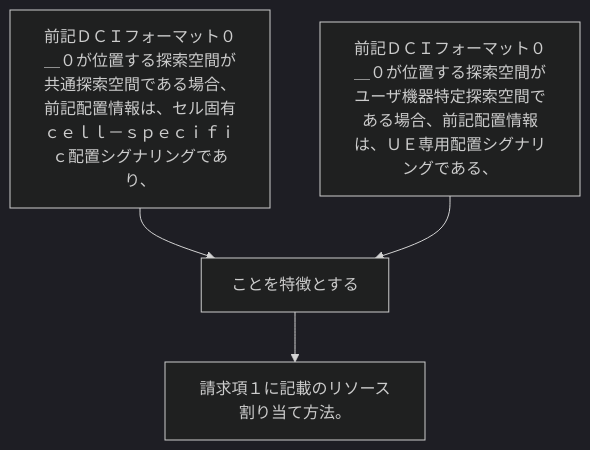
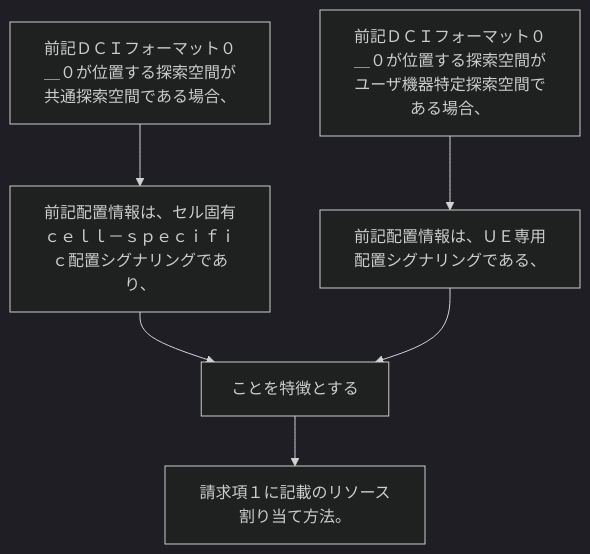
Before and after one commit to shinmori55/patent_analyzed: the diagram in 2024/JP2024029186A/claim_2/README.md, drawn with Mermaid (dark theme). The commit also changed 336 other files, not shown here.

````diff
--- a/2024/JP2024029186A/claim_2/README.md
+++ b/2024/JP2024029186A/claim_2/README.md
@@ -4,10 +4,14 @@
 ```mermaid
 flowchart TD
-A[前記ＤＣＩフォーマット０＿０が位置する探索空間が共通探索空間である場合、前記配置情報は、セル固有ｃｅｌｌ－ｓｐｅｃｉｆｉｃ配置シグナリングであり、]
-B[前記ＤＣＩフォーマット０＿０が位置する探索空間がユーザ機器特定探索空間である場合、前記配置情報は、ＵＥ専用配置シグナリングである、]
-C[ことを特徴とする]
-D[請求項１に記載のリソース割り当て方法。]
-A --> C
-B --> C
+A[前記ＤＣＩフォーマット０＿０が位置する探索空間が共通探索空間である場合、]
+B[前記配置情報は、セル固有ｃｅｌｌ－ｓｐｅｃｉｆｉｃ配置シグナリングであり、]
+C[前記ＤＣＩフォーマット０＿０が位置する探索空間がユーザ機器特定探索空間である場合、]
+D[前記配置情報は、ＵＥ専用配置シグナリングである、]
+E[ことを特徴とする]
+F[請求項１に記載のリソース割り当て方法。]
+A --> B
+B --> E
 C --> D
+D --> E
+E --> F
 ```
````
